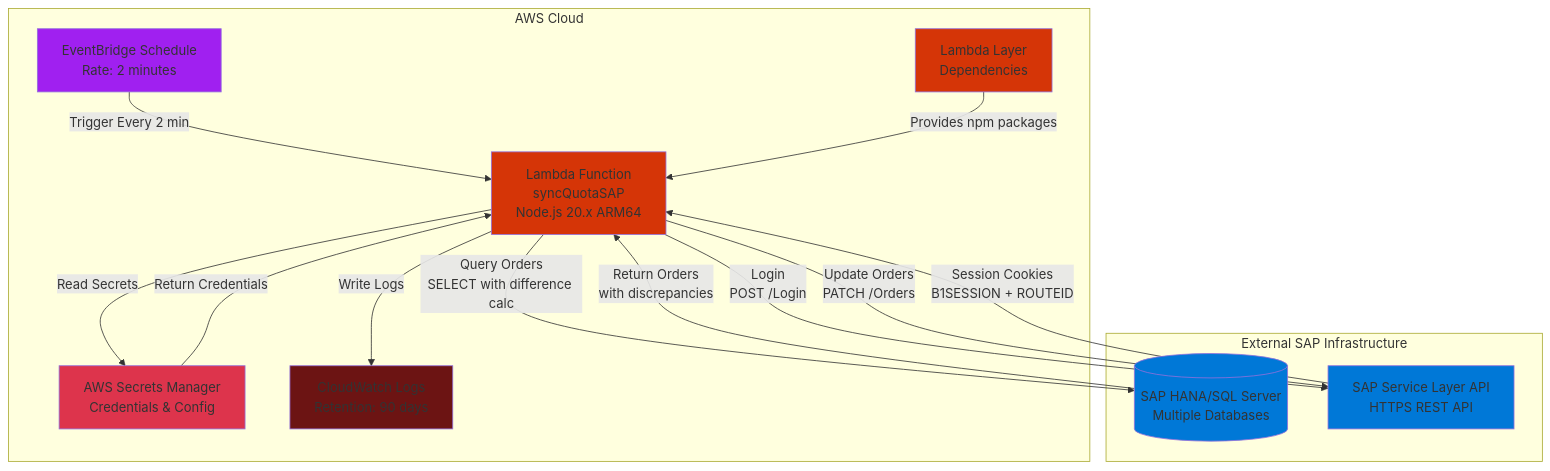
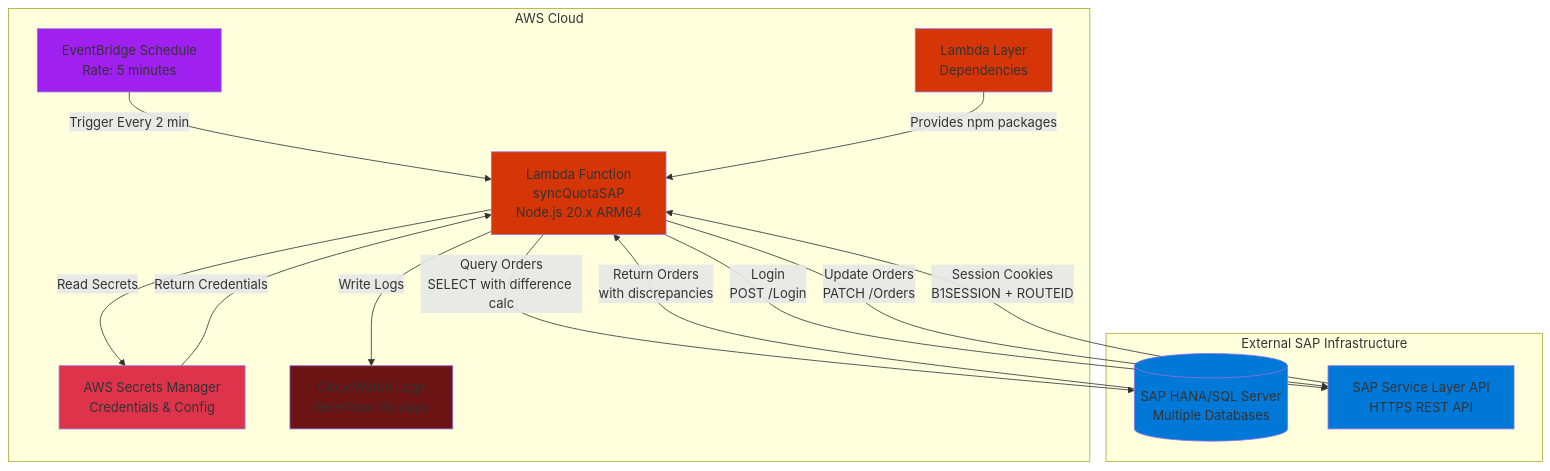
One commit to Sistemas-Logisticos-y-Corporativos/generic-lambdas changed the diagram in README.md. Above: the diagram before and after it, drawn with Mermaid. The commit also changed other lines of this file and 11 other files, not shown here.

Commit message:
Refactor service directory structure and update references; change EventBridge schedule to 5 minutes

````diff
--- a/README.md
+++ b/README.md
@@ -14,34 +14,34 @@
 ```mermaid
 graph TB
     subgraph "AWS Cloud"
-        EB[EventBridge Schedule<br/>Rate: 2 minutes]
+        EB[EventBridge Schedule<br/>Rate: 5 minutes]
         Lambda[Lambda Function<br/>syncQuotaSAP<br/>Node.js 20.x ARM64]
         SM[AWS Secrets Manager<br/>Credentials & Config]
         CW[CloudWatch Logs<br/>Retention: 90 days]
         Layer[Lambda Layer<br/>Dependencies]
     end
     
     subgraph "External SAP Infrastructure"
         SAPDB[(SAP HANA/SQL Server<br/>Multiple Databases)]
         SAPSL[SAP Service Layer API<br/>HTTPS REST API]
     end
     
     EB -->|Trigger Every 2 min| Lambda
     Lambda -->|Read Secrets| SM
     SM -->|Return Credentials| Lambda
     Lambda -->|Write Logs| CW
     Layer -->|Provides npm packages| Lambda
     Lambda -->|Query Orders<br/>SELECT with difference calc| SAPDB
     SAPDB -->|Return Orders<br/>with discrepancies| Lambda
     Lambda -->|Login<br/>POST /Login| SAPSL
     SAPSL -->|Session Cookies<br/>B1SESSION + ROUTEID| Lambda
     Lambda -->|Update Orders<br/>PATCH /Orders| SAPSL
     
     style EB fill:#A020F0
     style Lambda fill:#D53507
     style SM fill:#DD344C
     style CW fill:#6C1413
     style Layer fill:#D53507
     style SAPDB fill:#0078D7
     style SAPSL fill:#0078D7
 ```
````
